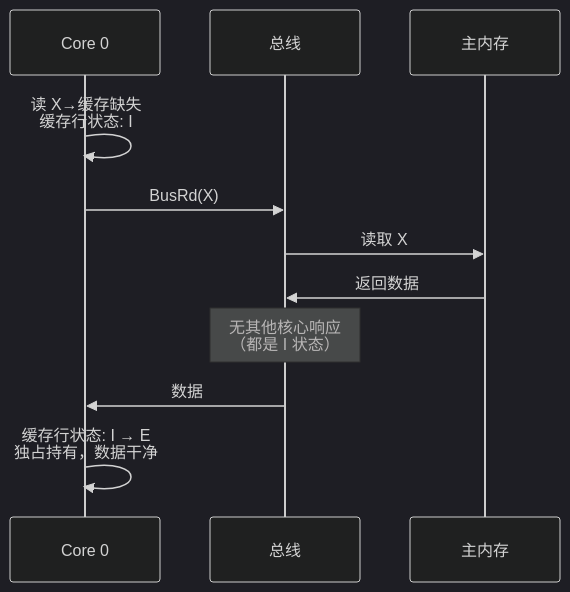
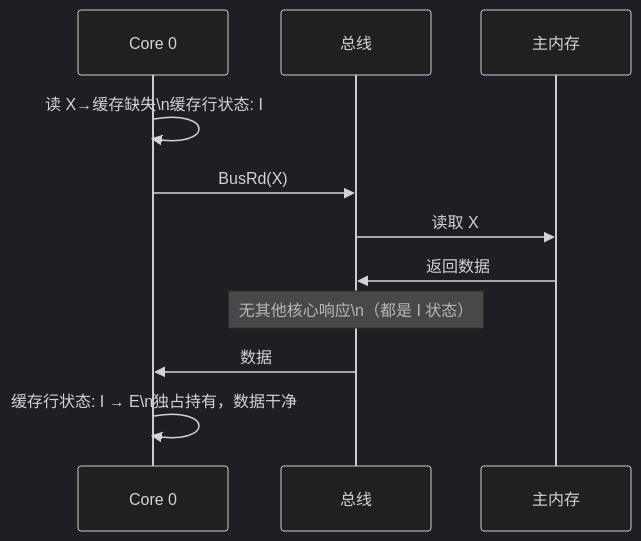
Before and after one commit to yaocat55/yaocat55.github.io: the fourth of 11 diagrams in content/posts/concurrency/MesiAndJmm.md, drawn with Mermaid (dark theme). The commit also changed other lines of this file and 155 other files, not shown here.

````diff
--- a/content/posts/concurrency/MesiAndJmm.md
+++ b/content/posts/concurrency/MesiAndJmm.md
@@ -284,14 +298,14 @@
 ```mermaid
 sequenceDiagram
     participant C0 as Core 0
     participant BUS as 总线
     participant MEM as 主内存
 
-    C0->>C0: 读 X→缓存缺失<br/>缓存行状态: I
+    C0->>C0: 读 X→缓存缺失\n缓存行状态: I
     C0->>BUS: BusRd(X)
     BUS->>MEM: 读取 X
     MEM->>BUS: 返回数据
-    Note over BUS: 无其他核心响应<br/>（都是 I 状态）
+    Note over BUS: 无其他核心响应\n（都是 I 状态）
     BUS->>C0: 数据
-    C0->>C0: 缓存行状态: I → E<br/>独占持有，数据干净
+    C0->>C0: 缓存行状态: I → E\n独占持有，数据干净
 ```
````
